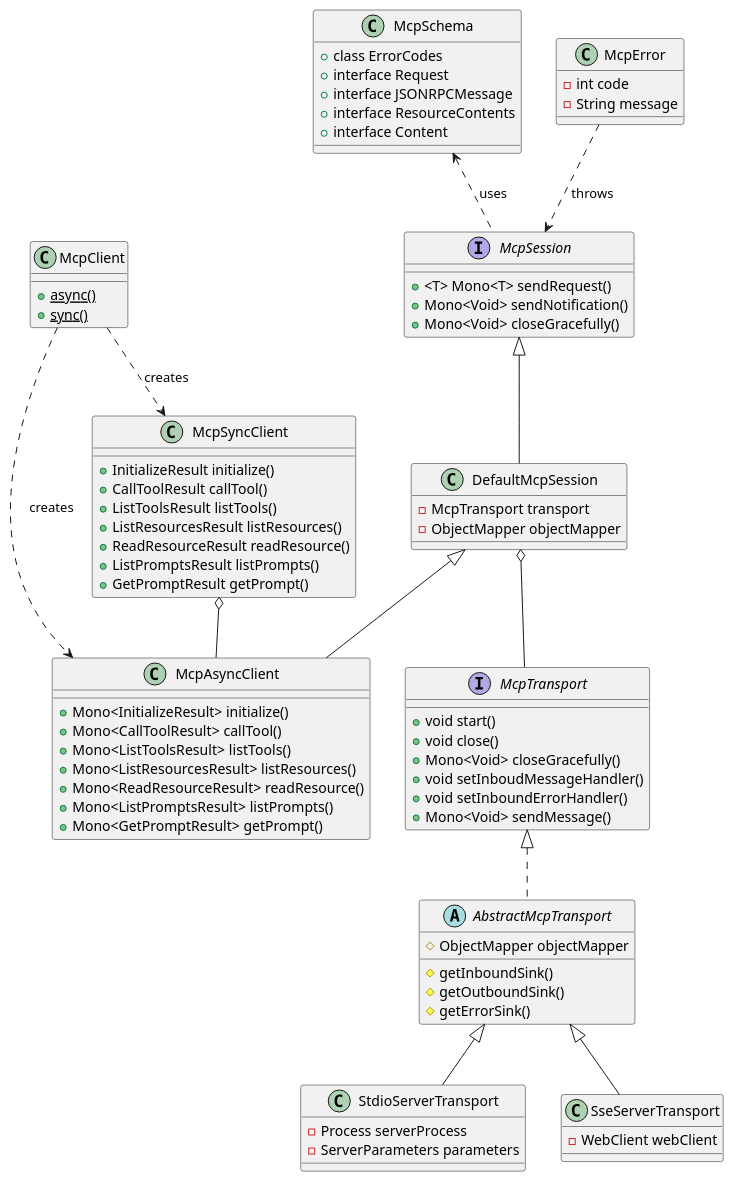
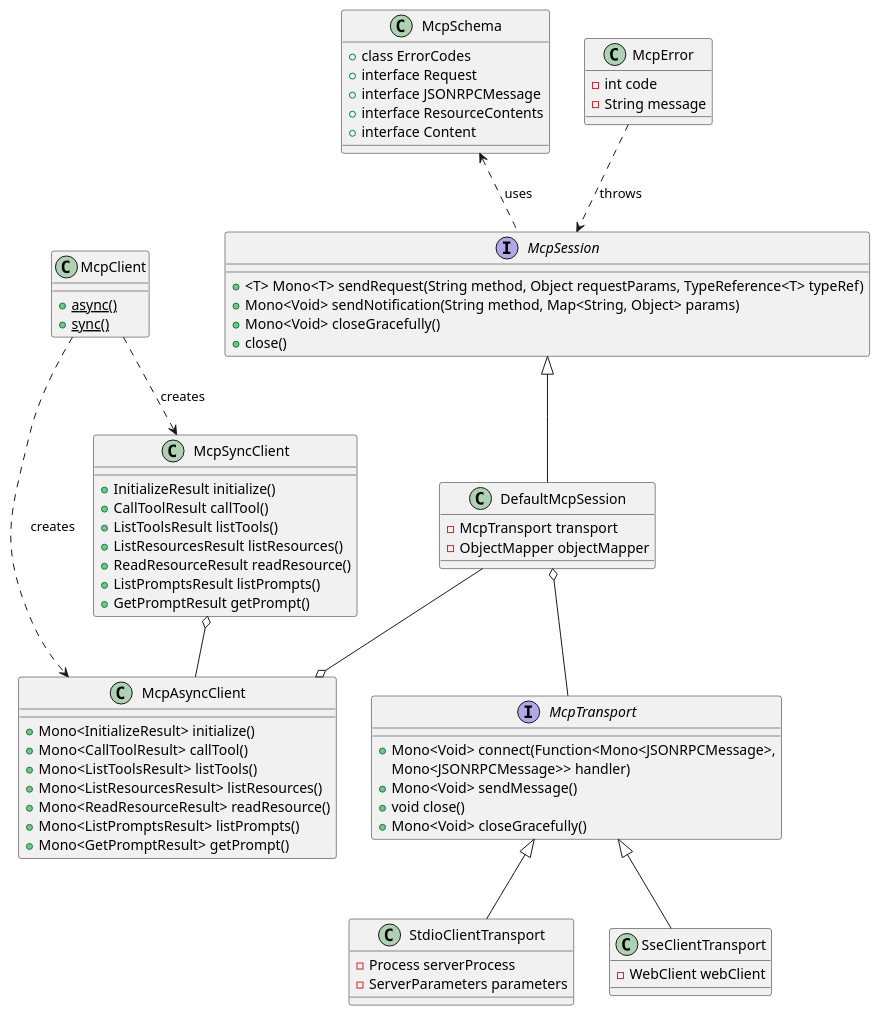
Before and after one commit to ziscloud/java-sdk: the first of 2 diagrams in spring-ai-mcp-core/docs/class-diagrams.puml, drawn with PlantUML. The commit also changed 29 other files, not shown here.

```diff
--- a/spring-ai-mcp-core/docs/class-diagrams.puml
+++ b/spring-ai-mcp-core/docs/class-diagrams.puml
@@ -1,89 +1,81 @@
 @startuml Core Components
 
 interface McpTransport {
-  +void start()
+  +Mono<Void> connect(Function<Mono<JSONRPCMessage>, 
+                       Mono<JSONRPCMessage>> handler)
+  +Mono<Void> sendMessage()
   +void close()
   +Mono<Void> closeGracefully()
-  +void setInboudMessageHandler()
-  +void setInboundErrorHandler()
-  +Mono<Void> sendMessage()
-}
-
-abstract class AbstractMcpTransport {
-  #ObjectMapper objectMapper
-  #getInboundSink()
-  #getOutboundSink()
-  #getErrorSink()
 }
 
 interface McpSession {
-  +<T> Mono<T> sendRequest()
-  +Mono<Void> sendNotification()
+  +<T> Mono<T> sendRequest(String method, Object requestParams, TypeReference<T> typeRef)
+  +Mono<Void> sendNotification(String method, Map<String, Object> params)
   +Mono<Void> closeGracefully()
+  +close()
 }
 
 class DefaultMcpSession {
   -McpTransport transport
   -ObjectMapper objectMapper
 }
 
 class McpClient {
   +{static} async()
   +{static} sync()
 }
 
 class McpAsyncClient {
   +Mono<InitializeResult> initialize()
   +Mono<CallToolResult> callTool()
   +Mono<ListToolsResult> listTools()
   +Mono<ListResourcesResult> listResources()
   +Mono<ReadResourceResult> readResource()
   +Mono<ListPromptsResult> listPrompts()
   +Mono<GetPromptResult> getPrompt()
 }
 
 class McpSyncClient {
   +InitializeResult initialize()
   +CallToolResult callTool()
   +ListToolsResult listTools()
   +ListResourcesResult listResources()
   +ReadResourceResult readResource()
   +ListPromptsResult listPrompts()
   +GetPromptResult getPrompt()
 }
 
-class StdioServerTransport {
+class StdioClientTransport {
   -Process serverProcess
   -ServerParameters parameters
 }
 
-class SseServerTransport {
+class SseClientTransport {
   -WebClient webClient
 }
 
 class McpSchema {
   +class ErrorCodes
   +interface Request
   +interface JSONRPCMessage
   +interface ResourceContents
   +interface Content
 }
 
 class McpError {
   -int code
   -String message
 }
 
-McpTransport <|.. AbstractMcpTransport
-AbstractMcpTransport <|-- StdioServerTransport
-AbstractMcpTransport <|-- SseServerTransport
+McpTransport <|-- StdioClientTransport
+McpTransport <|-- SseClientTransport
 McpSession <|-- DefaultMcpSession
-DefaultMcpSession <|-- McpAsyncClient
+DefaultMcpSession --o McpAsyncClient
 McpClient ..> McpAsyncClient : creates
 McpClient ..> McpSyncClient : creates
 McpSyncClient o-- McpAsyncClient
 DefaultMcpSession o-- McpTransport
 McpSchema <.. McpSession : uses
 McpError ..> McpSession : throws
 
 @enduml
```
